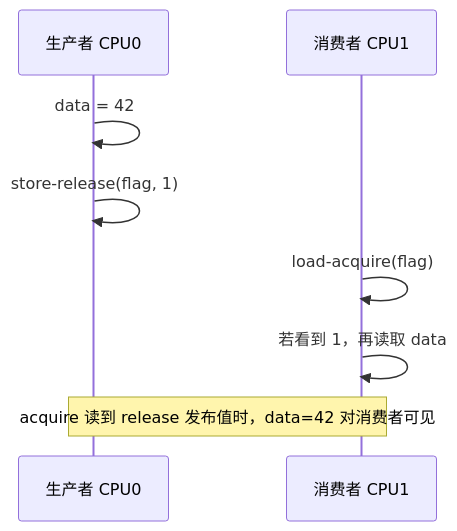
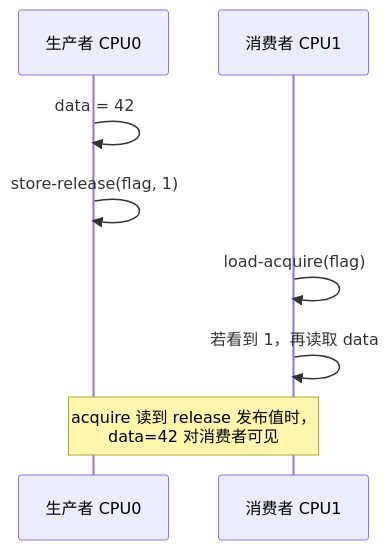
The second of 3 diagrams in knowledge/linux/memory_ordering/P01_READ_WRITE_ONCE_与_SMP_内存顺序原语.md (FormingSystem/linux_note), drawn with Mermaid before and after one commit. The commit also changed 2 other files, not shown here.

Commit message:
chore(repository/workspace): 提交剩余编辑状态
- 更新 Obsidian 工作区最近文件记录
- 调整内存顺序时序图换行显示

````diff
--- a/knowledge/linux/memory_ordering/P01_READ_WRITE_ONCE_与_SMP_内存顺序原语.md
+++ b/knowledge/linux/memory_ordering/P01_READ_WRITE_ONCE_与_SMP_内存顺序原语.md
@@ -39,10 +39,10 @@
 ```mermaid
 sequenceDiagram
     participant P as 生产者 CPU0
     participant C as 消费者 CPU1
     P->>P: data = 42
     P->>P: store-release(flag, 1)
     C->>C: load-acquire(flag)
     C->>C: 若看到 1，再读取 data
-    Note over P,C: acquire 读到 release 发布值时，data=42 对消费者可见
+    Note over P,C: acquire 读到 release 发布值时，<br/>data=42 对消费者可见
 ```
````
